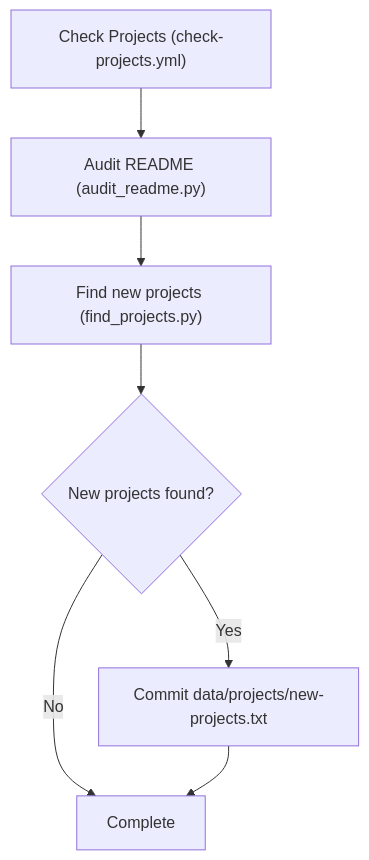
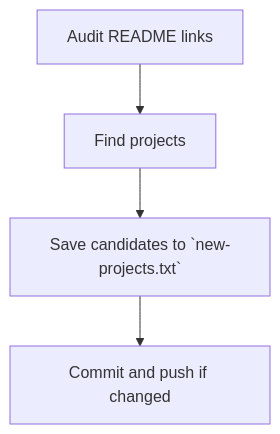
The third of 3 diagrams in CONTRIBUTING.md (nvbangg/awesome-morphe), drawn with Mermaid before and after one commit. The commit also changed other lines of this file, not shown here.

````diff
--- a/CONTRIBUTING.md
+++ b/CONTRIBUTING.md
@@ -67,10 +62,6 @@
 ```mermaid
 flowchart TD
-    A["Check Projects (check-projects.yml)"] --> B["Audit README (audit_readme.py)"]
-    B --> C["Find new projects (find_projects.py)"]
-    C --> D{New projects found?}
-
-    D -->|Yes| E["Commit data/projects/new-projects.txt"]
-    D -->|No| F[Complete]
-    E --> F
+    A["Audit README links"] --> B["Find projects"]
+    B --> C["Save candidates to `new-projects.txt`"]
+    C --> D["Commit and push if changed"]
 ```
````
